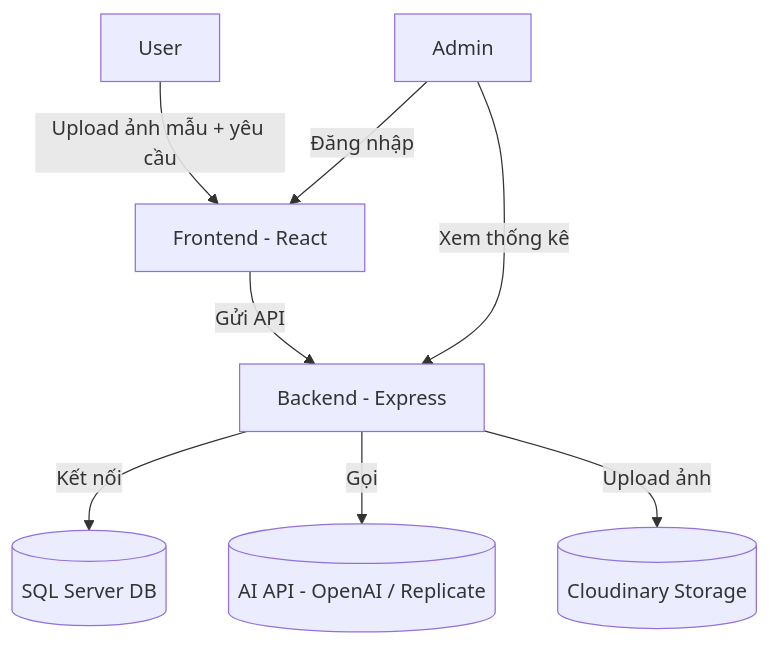
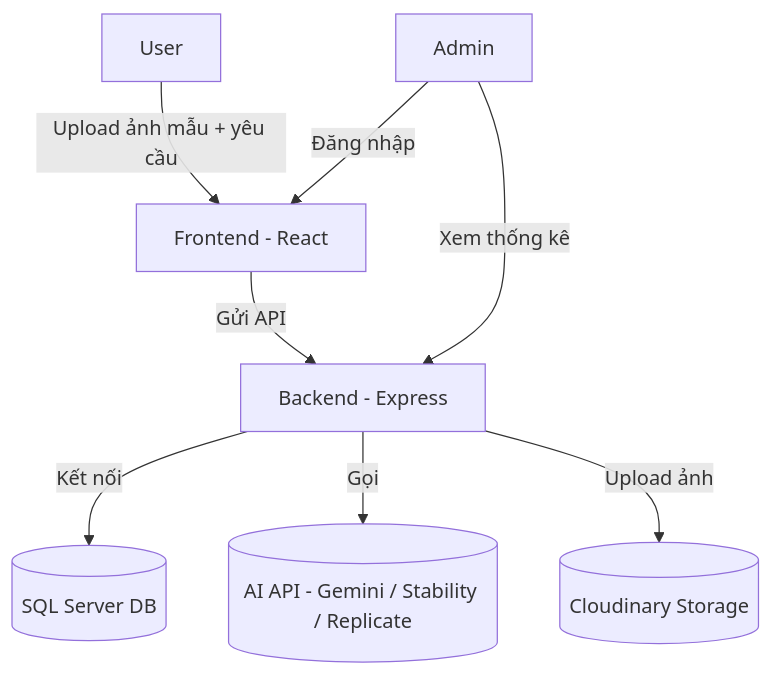
One commit to fugdin/NgoaiThat-AI changed the first of 4 diagrams in README.md. Above: the diagram before and after it, drawn with Mermaid. The commit also changed other lines of this file, not shown here.

````diff
--- a/README.md
+++ b/README.md
@@ -62,10 +133,10 @@
 ```mermaid
 graph TD
     A[User] -->|Upload ảnh mẫu + yêu cầu| B[Frontend - React]
     B -->|Gửi API| C[Backend - Express]
     C -->|Kết nối| D[(SQL Server DB)]
-    C -->|Gọi| E[(AI API - OpenAI / Replicate)]
+    C -->|Gọi| E[(AI API - Gemini / Stability / Replicate)]
     C -->|Upload ảnh| F[(Cloudinary Storage)]
     A2[Admin] -->|Đăng nhập| B
     A2 -->|Xem thống kê| C
 ```
````
